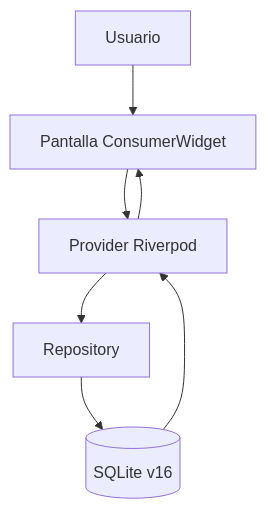
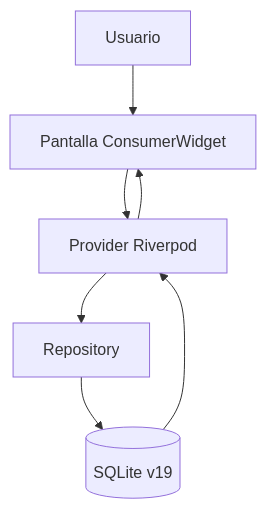
One commit to afperdomo2/motorcheck changed the first of 2 diagrams in docs/plans/rediseno-mobile-2.0.md. Above: the diagram before and after it, drawn with Mermaid. The commit also changed 59 other files, not shown here.

````diff
--- a/docs/plans/rediseno-mobile-2.0.md
+++ b/docs/plans/rediseno-mobile-2.0.md
@@ -51,9 +51,9 @@
 ```mermaid
 flowchart TD
   U[Usuario] --> P[Pantalla ConsumerWidget]
   P --> R[Provider Riverpod]
   R --> Rep[Repository]
-  Rep --> DB[(SQLite v16)]
+  Rep --> DB[(SQLite v19)]
   DB --> R
   R --> P
 ```
````
